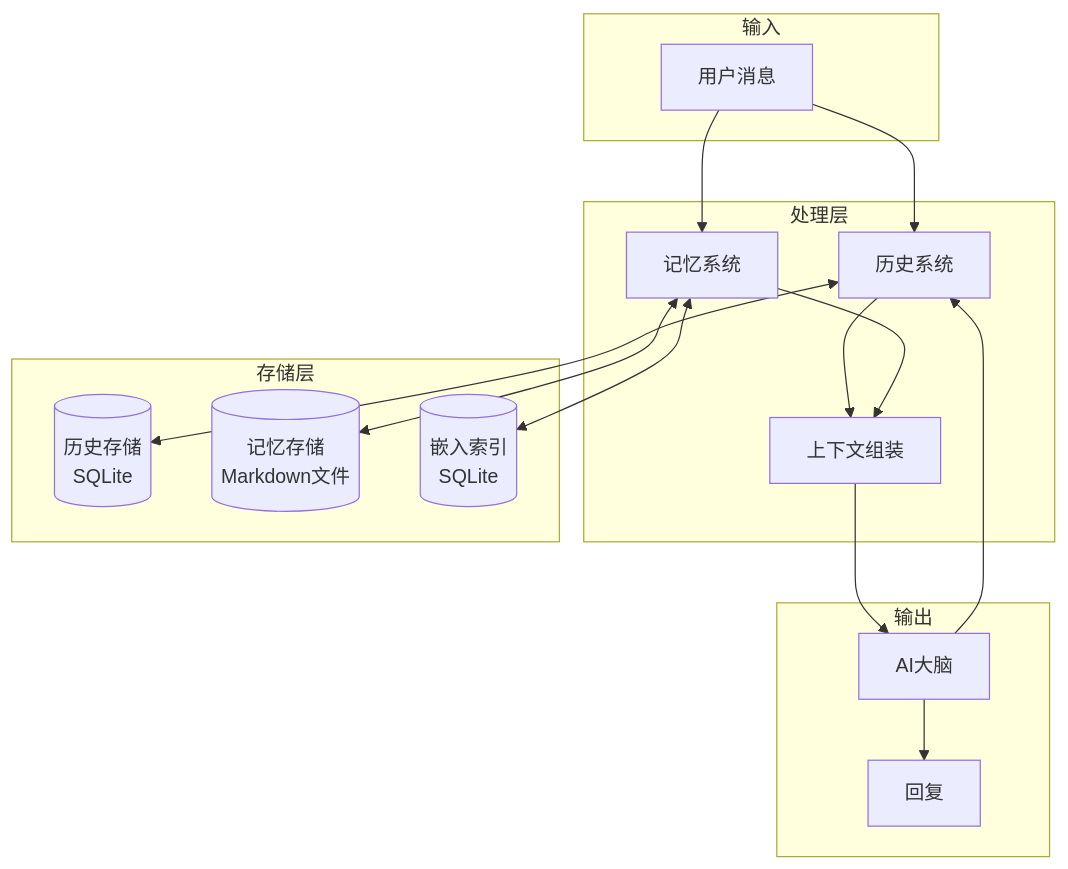
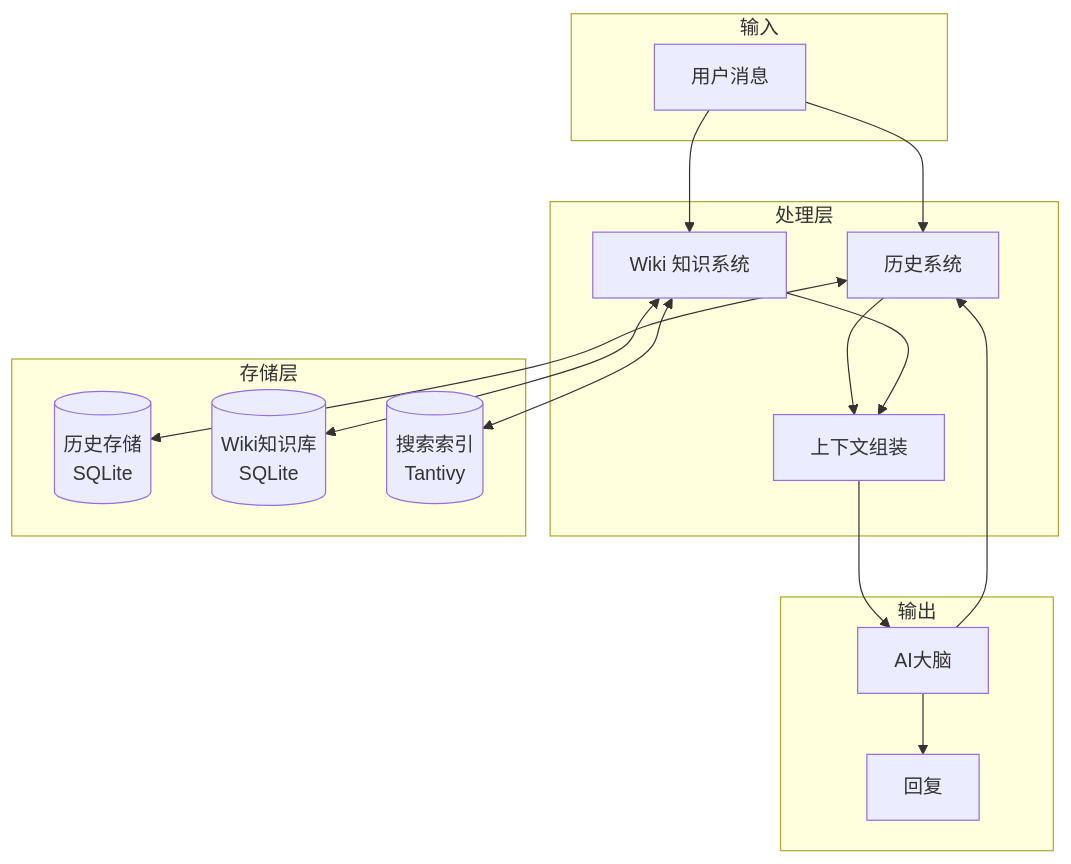
Before and after one commit to yeheng/nanobot-rs: the ninth of 12 diagrams in docs/memory-history.md, drawn with Mermaid. The commit also changed other lines of this file and 57 other files, not shown here.

First line of the commit message:
feat: 用 Wiki 知识系统全面替换旧 Memory 记忆系统

````diff
--- a/docs/memory-history.md
+++ b/docs/memory-history.md
@@ -273,34 +284,34 @@
 ```mermaid
 flowchart TB
     subgraph 输入
         U[用户消息]
     end
     
     subgraph 处理层
         H[历史系统]
-        M[记忆系统]
+        M[Wiki 知识系统]
         C[上下文组装]
     end
     
     subgraph 存储层
         HS[(历史存储<br/>SQLite)]
-        MS[(记忆存储<br/>Markdown文件)]
-        ME[(嵌入索引<br/>SQLite)]
+        WS[(Wiki知识库<br/>SQLite)]
+        TI[(搜索索引<br/>Tantivy)]
     end
     
     subgraph 输出
         AI[AI大脑]
         R[回复]
     end
     
     U --> H
     U --> M
     H <--> HS
-    M <--> MS
-    M <--> ME
+    M <--> WS
+    M <--> TI
     H --> C
     M --> C
     C --> AI
     AI --> R
     AI --> H
 ```
````
